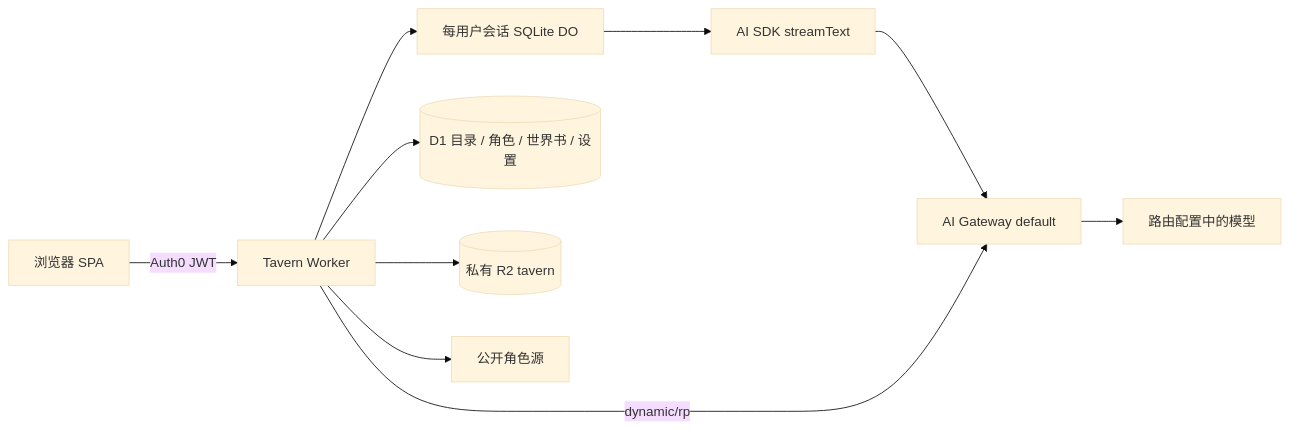
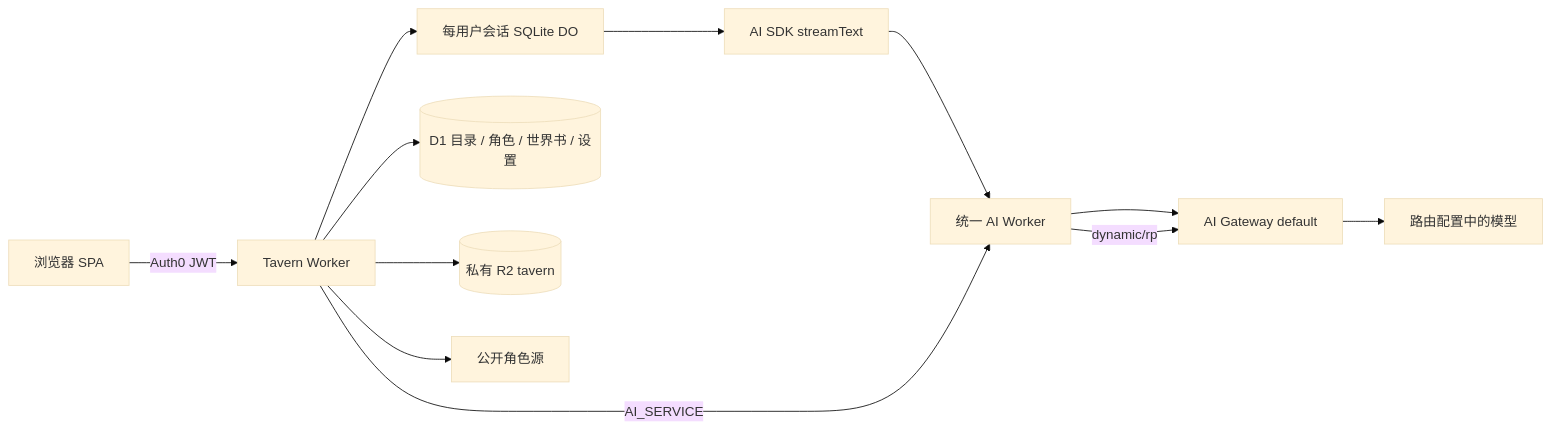
Before and after one commit to hasbai/hasbai: the diagram in docs/tavern/ARCHITECTURE.md, drawn with Mermaid (base theme). The commit also changed other lines of this file and 87 other files, not shown here.

````diff
--- a/docs/tavern/ARCHITECTURE.md
+++ b/docs/tavern/ARCHITECTURE.md
@@ -55,12 +55,14 @@
 ```mermaid
 flowchart LR
   Browser[浏览器 SPA] -->|Auth0 JWT| Worker[Tavern Worker]
   Worker --> DO[每用户会话 SQLite DO]
   DO --> SDK[AI SDK streamText]
-    SDK --> Gateway
+    SDK --> AI[统一 AI Worker]
+    AI --> Gateway
   Worker --> DB[(D1 目录 / 角色 / 世界书 / 设置)]
   Worker --> Files[(私有 R2 tavern)]
   Worker --> Sources[公开角色源]
-  Worker -->|dynamic/rp| Gateway[AI Gateway default]
+  Worker -->|AI_SERVICE| AI
+  AI -->|dynamic/rp| Gateway[AI Gateway default]
   Gateway --> Model[路由配置中的模型]
 ```
````
